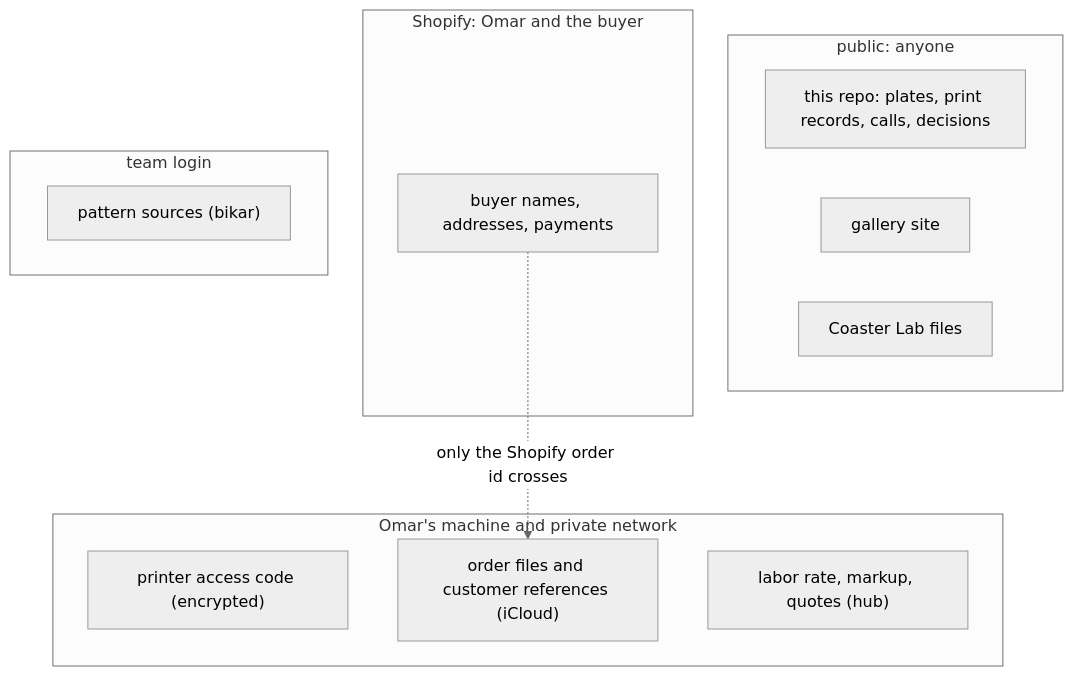
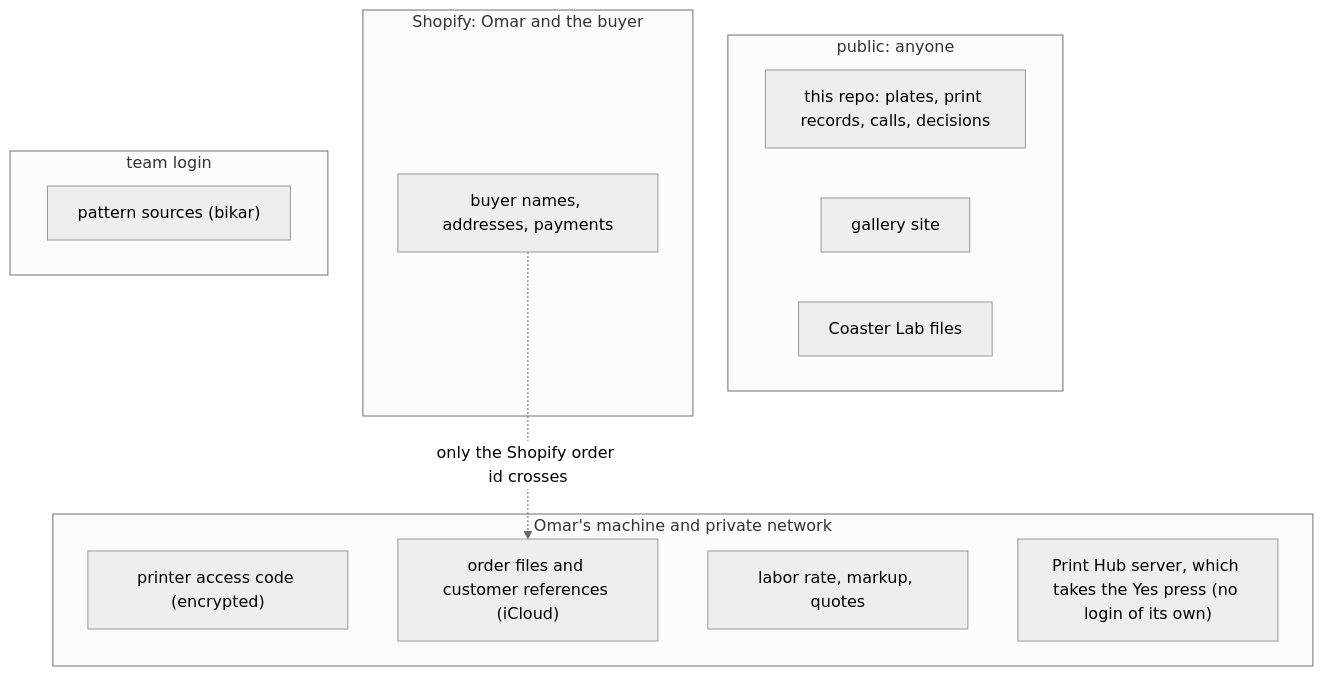
One commit to omars-lab/3d-models changed diagram 11 of 11 in docs/design/process/users-and-surfaces-design.md. Above: the diagram before and after it, drawn with Mermaid (neutral theme). The commit also changed other lines of this file and 7 other files, not shown here.

````diff
--- a/docs/design/process/users-and-surfaces-design.md
+++ b/docs/design/process/users-and-surfaces-design.md
@@ -341,20 +650,21 @@
 ```mermaid
 flowchart TB
   subgraph pub["public: anyone"]
     repo["this repo: plates, print records, calls, decisions"]
     gal["gallery site"]
     lab["Coaster Lab files"]
   end
   subgraph shopify["Shopify: Omar and the buyer"]
     buyers["buyer names, addresses, payments"]
   end
   subgraph priv["Omar's machine and private network"]
     code["printer access code (encrypted)"]
     orders["order files and customer references (iCloud)"]
-    money["labor rate, markup, quotes (hub)"]
+    money["labor rate, markup, quotes"]
+    yes["Print Hub server, which takes the Yes press (no login of its own)"]
   end
   subgraph team["team login"]
     bikar["pattern sources (bikar)"]
   end
   buyers -.->|"only the Shopify order id crosses"| orders
 ```
````
